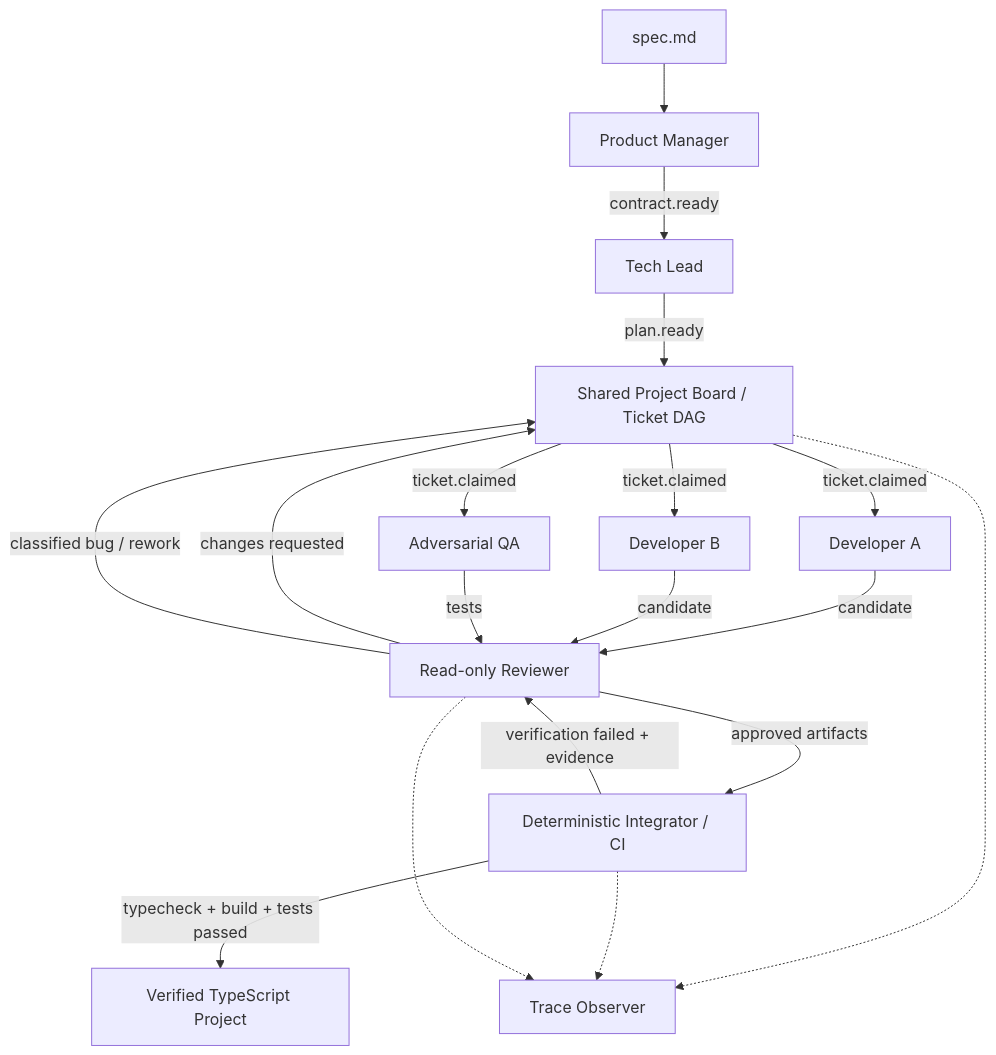
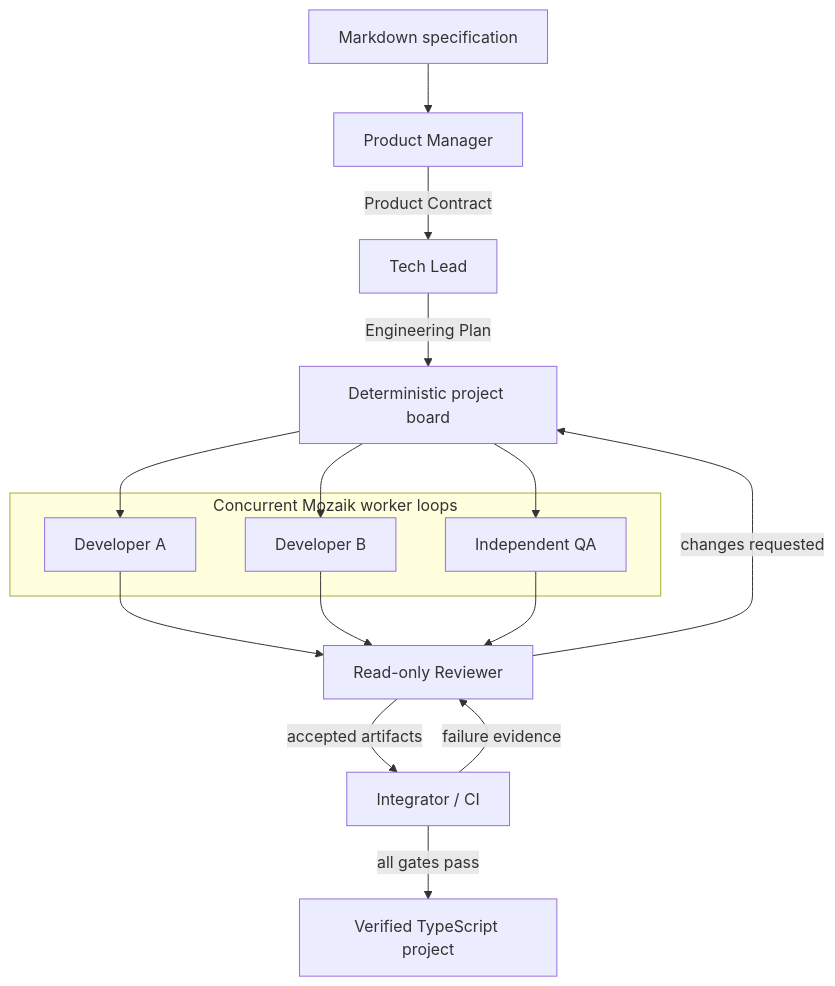
The diagram in README.md (AllForJoon/NTP_Novi_Sad_Hackathon_Software_Factory), drawn with Mermaid before and after one commit. The commit also changed other lines of this file and 81 other files, not shown here.

````diff
--- a/README.md
+++ b/README.md
@@ -62,20 +89,21 @@
 ```mermaid
 flowchart TD
-  Spec[spec.md] --> PM[Product Manager]
-  PM -->|contract.ready| Lead[Tech Lead]
-  Lead -->|plan.ready| Board[Shared Project Board / Ticket DAG]
-  Board -->|ticket.claimed| A[Developer A]
-  Board -->|ticket.claimed| B[Developer B]
-  Board -->|ticket.claimed| QA[Adversarial QA]
-  A -->|candidate| Review[Read-only Reviewer]
-  B -->|candidate| Review
-  QA -->|tests| Review
+  Spec[Markdown specification] --> PM[Product Manager]
+  PM -->|Product Contract| TL[Tech Lead]
+  TL -->|Engineering Plan| Board[Deterministic project board]
+  subgraph Workers[Concurrent Mozaik worker loops]
+    A[Developer A]
+    B[Developer B]
+    QA[Independent QA]
+  end
+  Board --> A
+  Board --> B
+  Board --> QA
+  A --> Review[Read-only Reviewer]
+  B --> Review
+  QA --> Review
+  Review -->|accepted artifacts| CI[Integrator / CI]
   Review -->|changes requested| Board
-  Review -->|approved artifacts| CI[Deterministic Integrator / CI]
-  CI -->|verification failed + evidence| Review
-  Review -->|classified bug / rework| Board
-  CI -->|typecheck + build + tests passed| Output[Verified TypeScript Project]
-  Board -.-> Trace[Trace Observer]
-  CI -.-> Trace
-  Review -.-> Trace
+  CI -->|failure evidence| Review
+  CI -->|all gates pass| Output[Verified TypeScript project]
 ```
````
